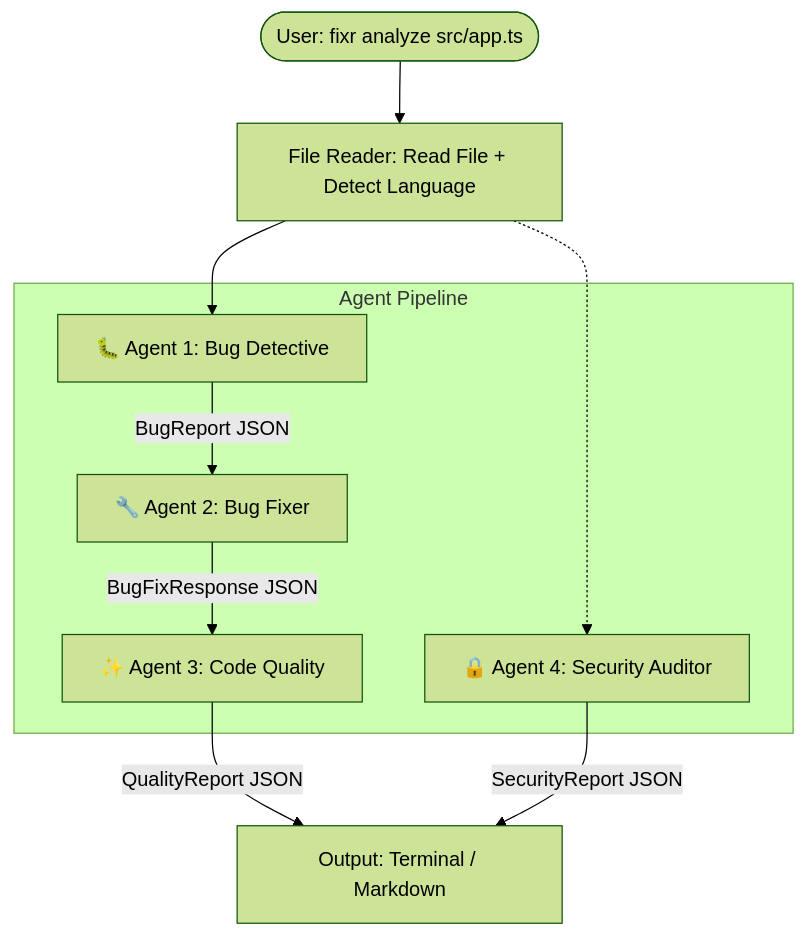
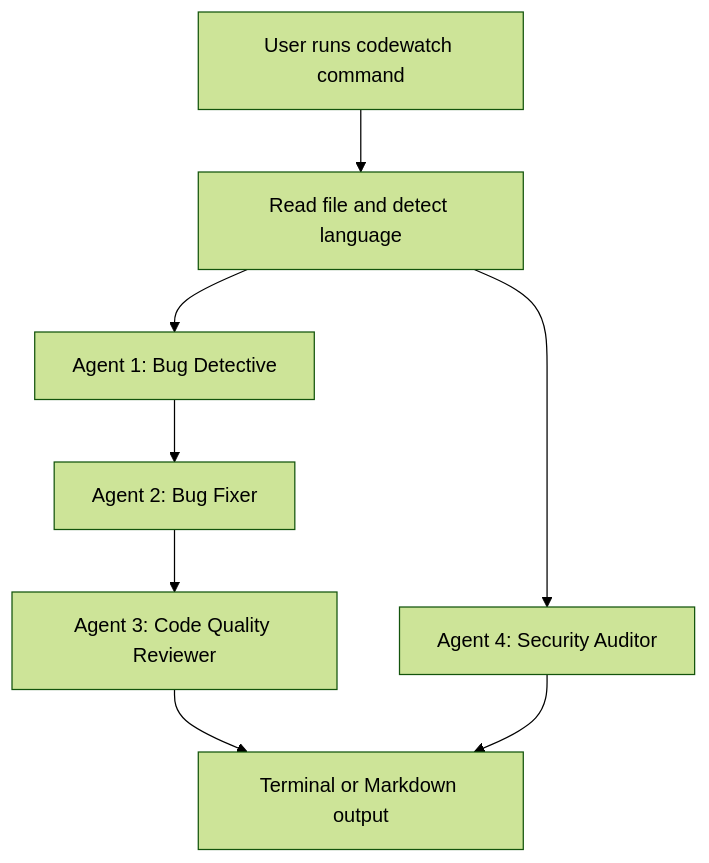
Before and after one commit to soumyachk101/FiXr: the diagram in README.md, drawn with Mermaid (forest theme). The commit also changed other lines of this file, not shown here.

````diff
--- a/README.md
+++ b/README.md
@@ -15,18 +46,10 @@
 ```mermaid
 graph TD
-    User([User: fixr analyze src/app.ts]) --> FileReader[File Reader: Read File + Detect Language]
-    FileReader --> Agent1[🐛 Agent 1: Bug Detective]
-    Agent1 -- "BugReport JSON" --> Agent2[🔧 Agent 2: Bug Fixer]
-    Agent2 -- "BugFixResponse JSON" --> Agent3[✨ Agent 3: Code Quality]
-    Agent3 -- "QualityReport JSON" --> OutputRenderer
-
-    FileReader -.-> Agent4[🔒 Agent 4: Security Auditor]
-    Agent4 -- "SecurityReport JSON" --> OutputRenderer[Output: Terminal / Markdown]
-
-    subgraph "Agent Pipeline"
-    Agent1
-    Agent2
-    Agent3
-    Agent4
-    end
+    User[User runs codewatch command] --> Reader[Read file and detect language]
+    Reader --> A1[Agent 1: Bug Detective]
+    A1 --> A2[Agent 2: Bug Fixer]
+    A2 --> A3[Agent 3: Code Quality Reviewer]
+    Reader --> A4[Agent 4: Security Auditor]
+    A3 --> Render[Terminal or Markdown output]
+    A4 --> Render
 ```
````
